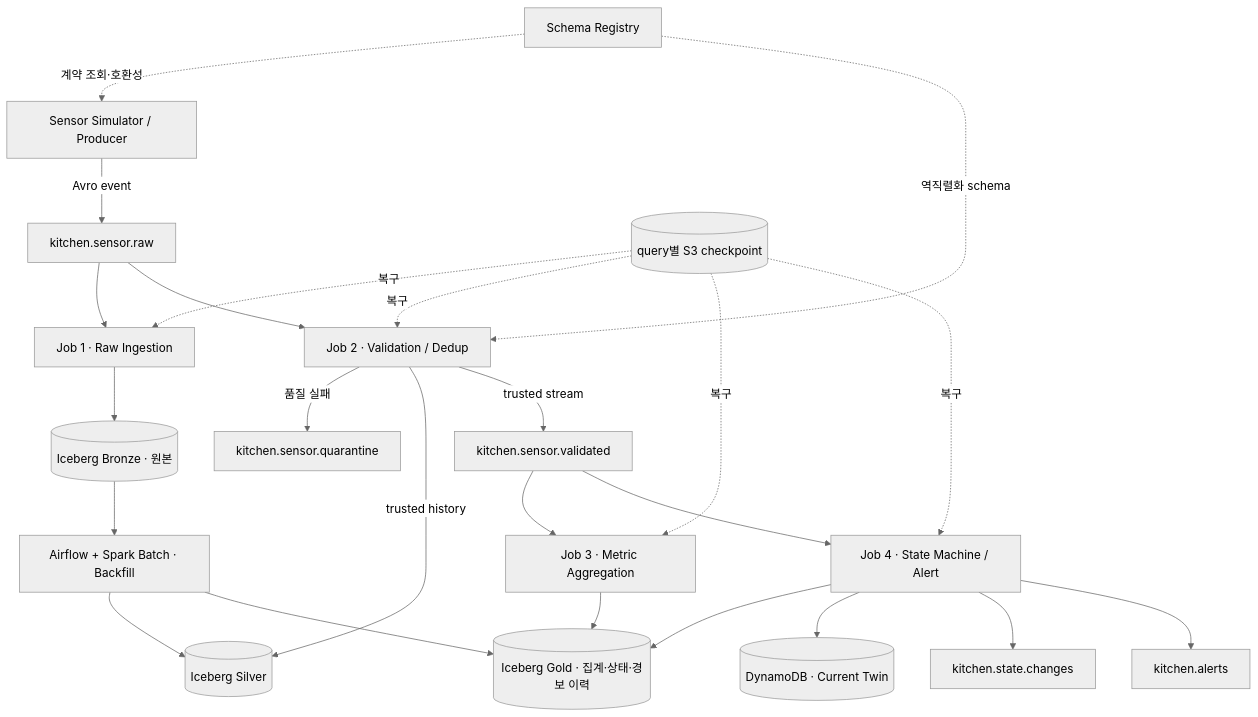
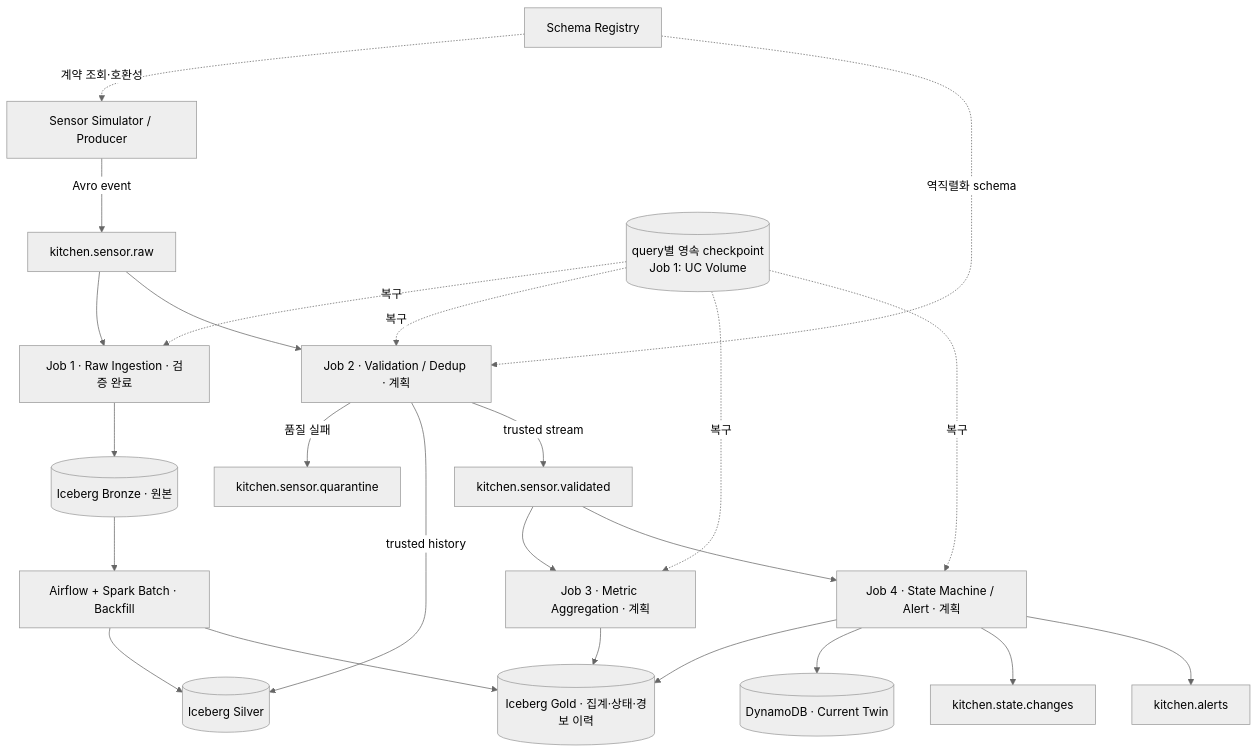
Before and after one commit to yccs-26/kitchen_to_digital: the first of 5 diagrams in docs/architecture/diagrams.md, drawn with Mermaid (neutral theme). The commit also changed other lines of this file and 34 other files, not shown here.

````diff
--- a/docs/architecture/diagrams.md
+++ b/docs/architecture/diagrams.md
@@ -13,26 +13,26 @@
 ```mermaid
 flowchart TB
   P[Sensor Simulator / Producer] -->|Avro event| R[kitchen.sensor.raw]
   SR[Schema Registry] -. 계약 조회·호환성 .-> P
   SR -. 역직렬화 schema .-> J2
-  R --> J1[Job 1 · Raw Ingestion]
-  R --> J2[Job 2 · Validation / Dedup]
+  R --> J1[Job 1 · Raw Ingestion · 검증 완료]
+  R --> J2[Job 2 · Validation / Dedup · 계획]
   J1 --> B[(Iceberg Bronze · 원본)]
   J2 -->|품질 실패| Q[kitchen.sensor.quarantine]
   J2 -->|trusted history| S[(Iceberg Silver)]
   J2 -->|trusted stream| V[kitchen.sensor.validated]
-  V --> J3[Job 3 · Metric Aggregation]
-  V --> J4[Job 4 · State Machine / Alert]
+  V --> J3[Job 3 · Metric Aggregation · 계획]
+  V --> J4[Job 4 · State Machine / Alert · 계획]
   J3 --> G[(Iceberg Gold · 집계·상태·경보 이력)]
   J4 --> G
   J4 --> D[(DynamoDB · Current Twin)]
   J4 --> SC[kitchen.state.changes]
   J4 --> A[kitchen.alerts]
   B --> BF[Airflow + Spark Batch · Backfill]
   BF --> S
   BF --> G
-  CP[(query별 S3 checkpoint)] -. 복구 .-> J1
+  CP[("query별 영속 checkpoint<br/>Job 1: UC Volume")] -. 복구 .-> J1
   CP -. 복구 .-> J2
   CP -. 복구 .-> J3
   CP -. 복구 .-> J4
 ```
````
